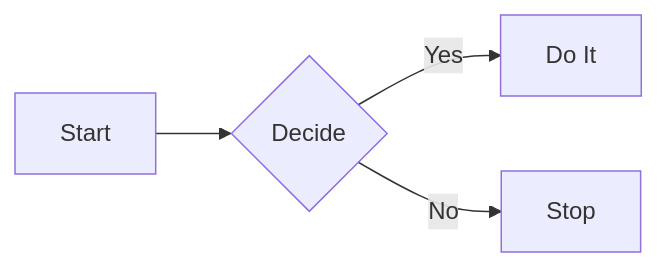
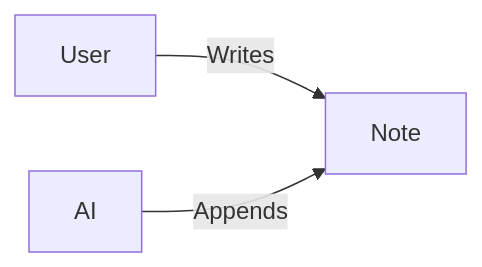
The diagram in backend/templates/welcome.md (mchen-lab/local-notes-mcp), drawn with Mermaid before and after one commit. The commit also changed other lines of this file and 1 other file, not shown here.

````diff
--- a/backend/templates/welcome.md
+++ b/backend/templates/welcome.md
@@ -70,6 +43,5 @@
 ```mermaid
 graph LR
-    A[Start] --> B{Decide}
-    B -->|Yes| C[Do It]
-    B -->|No| D[Stop]
+    User -->|Writes| Note
+    AI -->|Appends| Note
 ```
````
